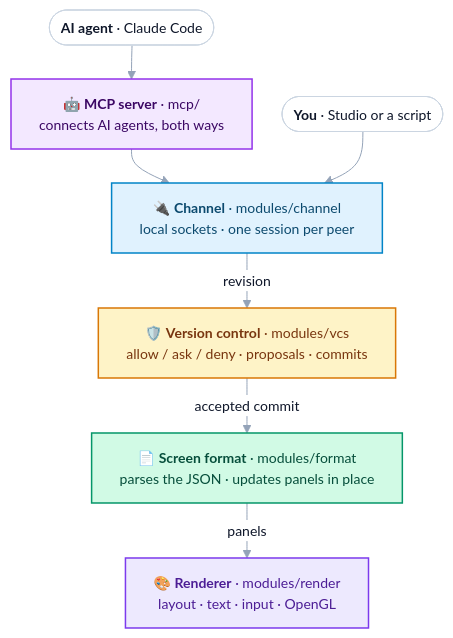
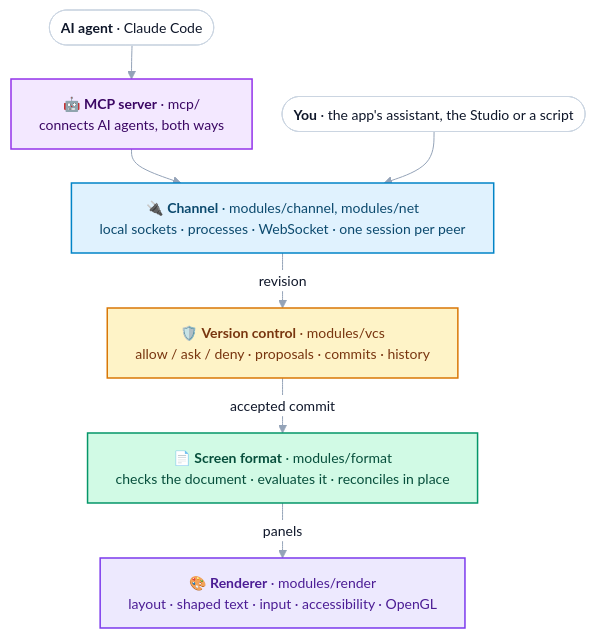
Before and after one commit to RiccardoSottini/AffrescoUI: the second of 4 diagrams in README.md, drawn with Mermaid. The commit also changed other lines of this file and 318 other files, not shown here.

````diff
--- a/README.md
+++ b/README.md
@@ -57,32 +124,32 @@
 ```mermaid
 %%{init: {"theme": "base", "flowchart": {"nodeSpacing": 30, "rankSpacing": 34, "padding": 14, "wrappingWidth": 400}, "themeVariables": {"fontFamily": "Helvetica, Arial, sans-serif", "fontSize": "14px", "lineColor": "#94A3B8", "primaryTextColor": "#0F172A", "edgeLabelBackground": "#FFFFFF"}}}%%
 flowchart TB
-    studio(["<b>You</b> · Studio or a script"])
+    studio(["<b>You</b> · the app's assistant, the Studio or a script"])
     agent(["<b>AI agent</b> · Claude Code"])
 
     mcp["🤖 <b>MCP server</b> · mcp/<br/>connects AI agents, both ways"]
-    channel["🔌 <b>Channel</b> · modules/channel<br/>local sockets · one session per peer"]
-    vcs["🛡️ <b>Version control</b> · modules/vcs<br/>allow / ask / deny · proposals · commits"]
-    format["📄 <b>Screen format</b> · modules/format<br/>parses the JSON · updates panels in place"]
-    render["🎨 <b>Renderer</b> · modules/render<br/>layout · text · input · OpenGL"]
+    channel["🔌 <b>Channel</b> · modules/channel, modules/net<br/>local sockets · processes · WebSocket · one session per peer"]
+    vcs["🛡️ <b>Version control</b> · modules/vcs<br/>allow / ask / deny · proposals · commits · history"]
+    format["📄 <b>Screen format</b> · modules/format<br/>checks the document · evaluates it · reconciles in place"]
+    render["🎨 <b>Renderer</b> · modules/render<br/>layout · shaped text · input · accessibility · OpenGL"]
 
     agent --> mcp
     mcp --> channel
     studio --> channel
     channel -- "revision" --> vcs
     vcs -- "accepted commit" --> format
     format -- "panels" --> render
 
     classDef peer fill:#FFFFFF,stroke:#CBD5E1,color:#0F172A
     classDef c_mcp fill:#F3E8FF,stroke:#9333EA,stroke-width:1.5px,color:#3B0764
     classDef c_channel fill:#E0F2FE,stroke:#0284C7,stroke-width:1.5px,color:#0C4A6E
     classDef c_vcs fill:#FEF3C7,stroke:#D97706,stroke-width:1.5px,color:#78350F
     classDef c_format fill:#D1FAE5,stroke:#059669,stroke-width:1.5px,color:#064E3B
     classDef c_render fill:#EDE9FE,stroke:#7C3AED,stroke-width:1.5px,color:#4C1D95
     class studio,agent peer
     class mcp c_mcp
     class channel c_channel
     class vcs c_vcs
     class format c_format
     class render c_render
 ```
````
